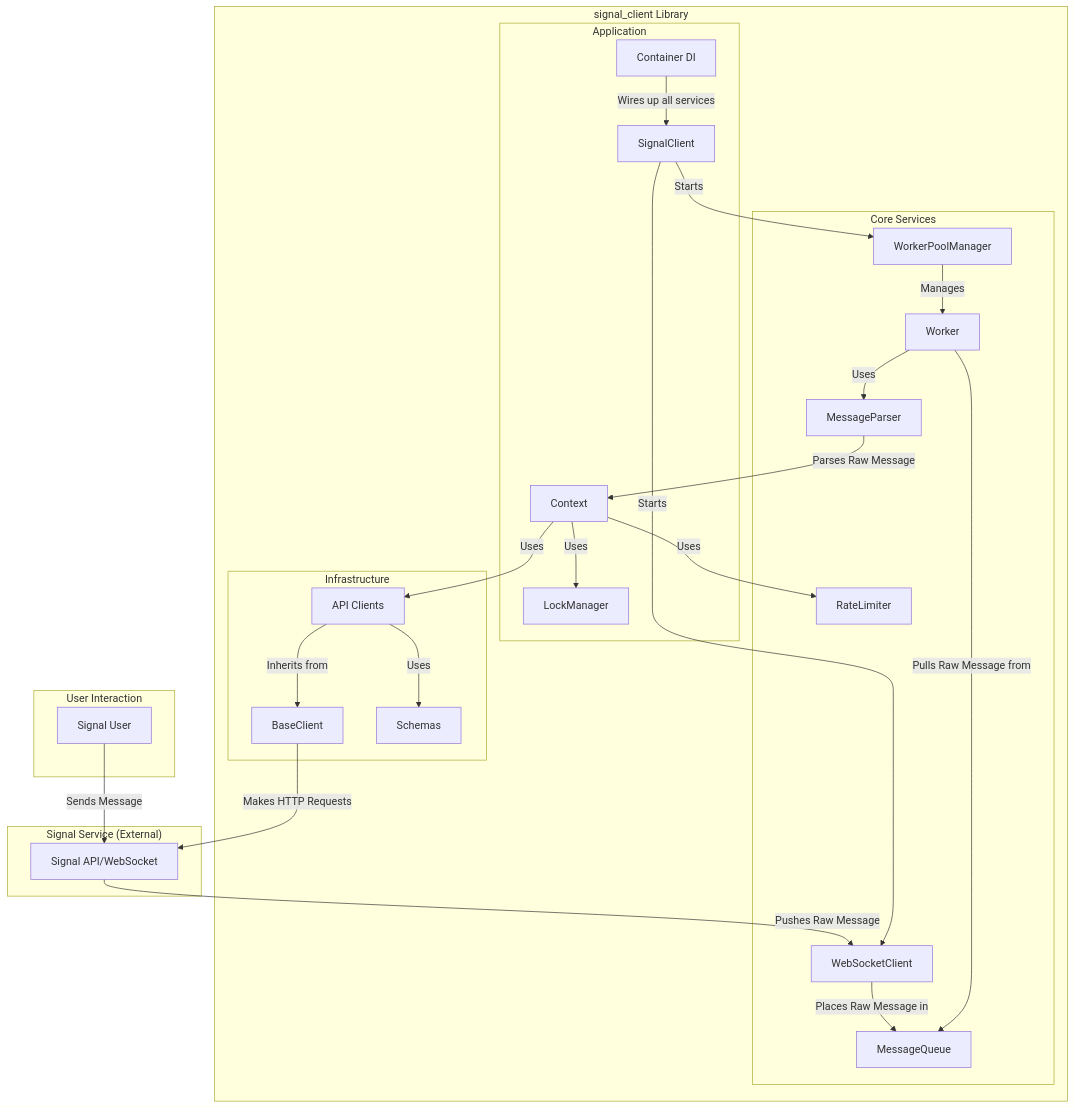
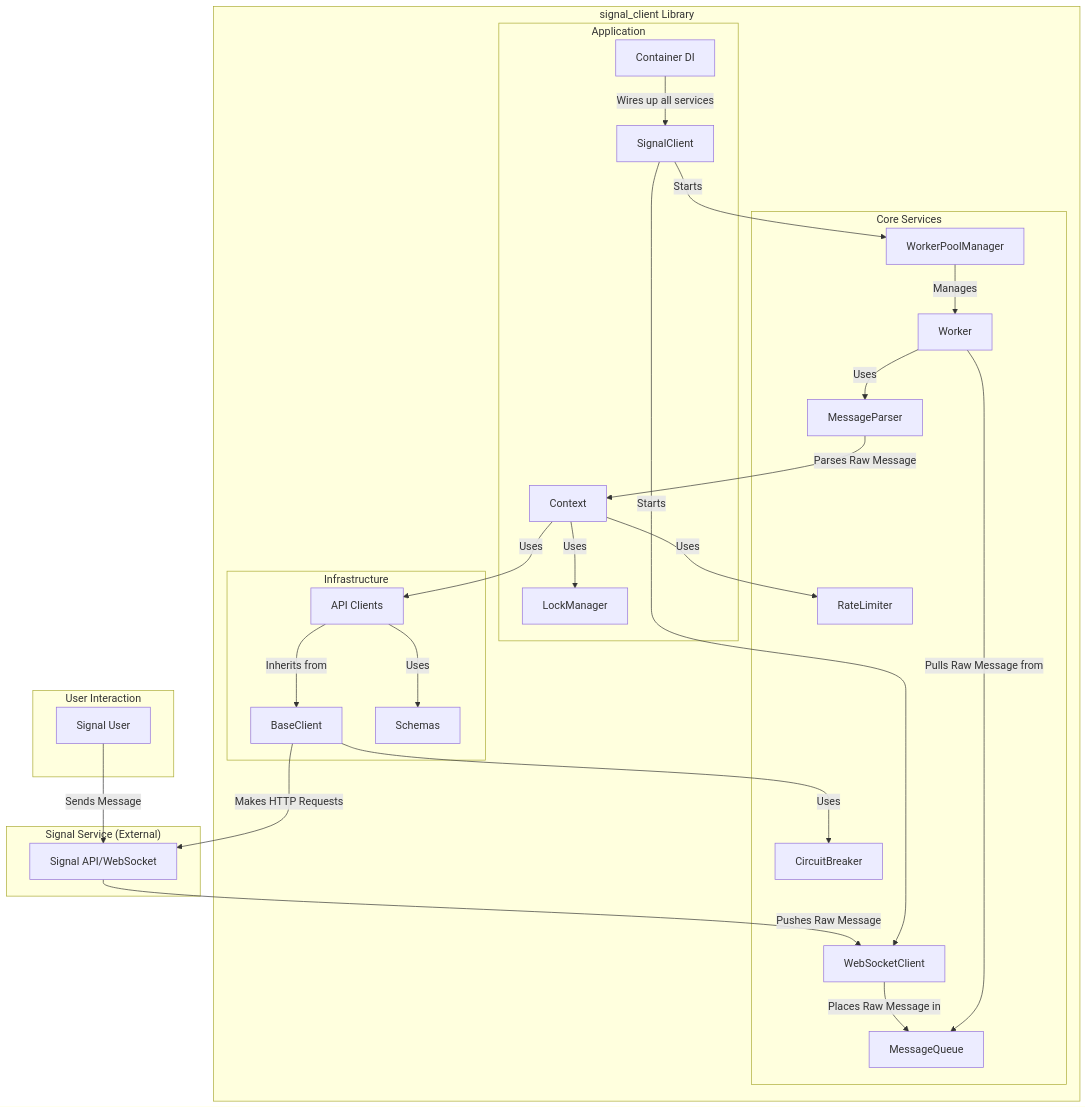
Before and after one commit to cornellshakh/signal-client: the diagram in docs/01_architecture.md, drawn with Mermaid. The commit also changed other lines of this file and 26 other files, not shown here.

````diff
--- a/docs/01_architecture.md
+++ b/docs/01_architecture.md
@@ -18,49 +18,51 @@
 ```mermaid
 graph TD
     subgraph "User Interaction"
         A[Signal User]
     end
 
     subgraph "Signal Service (External)"
         B[Signal API/WebSocket]
     end
 
     subgraph "signal_client Library"
         subgraph "Core Services"
             C[WebSocketClient]
             D[MessageQueue]
             E[WorkerPoolManager]
             F[Worker]
             P[MessageParser]
             Q[RateLimiter]
+            R[CircuitBreaker]
         end
         subgraph "Infrastructure"
             G[BaseClient]
             H[API Clients]
             I[Schemas]
         end
         subgraph "Application"
             J[SignalClient]
             K[Container DI]
             L[Context]
             M[LockManager]
         end
     end
 
     A -- Sends Message --> B
     B -- Pushes Raw Message --> C
     C -- Places Raw Message in --> D
     E -- Manages --> F
     F -- Pulls Raw Message from --> D
     F -- Uses --> P
     P -- Parses Raw Message --> L
     L -- Uses --> M
     L -- Uses --> H
     L -- Uses --> Q
+    G -- Uses --> R
     H -- Inherits from --> G
     H -- Uses --> I
     G -- Makes HTTP Requests --> B
     J -- Starts --> E
     J -- Starts --> C
     K -- Wires up all services --> J
 ```
````
